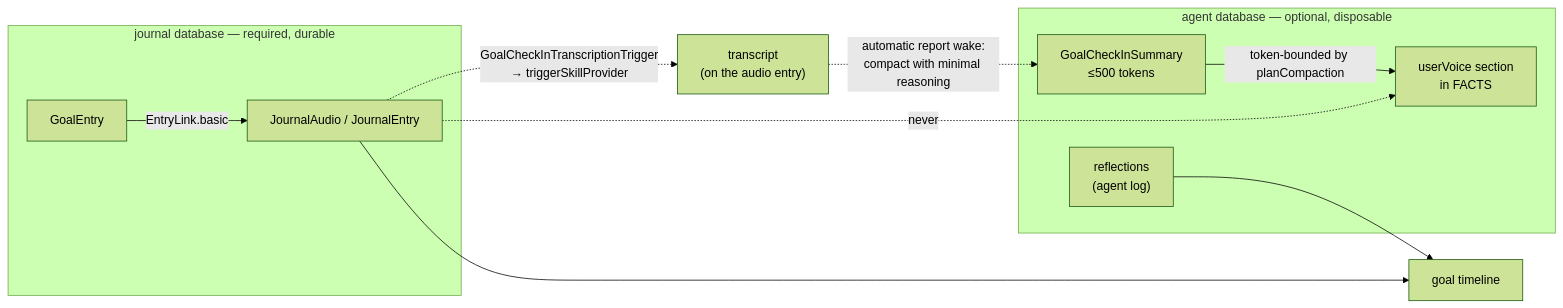
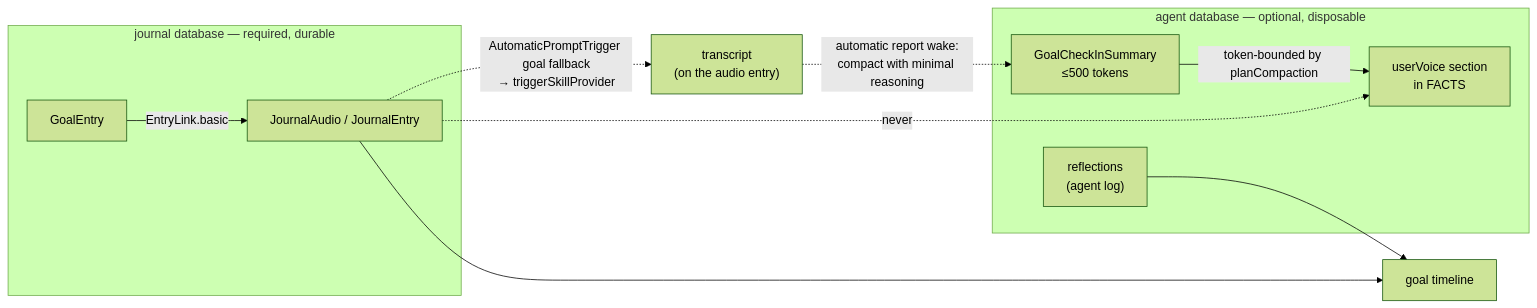
Before and after one commit to matthiasn/lotti: the fourth of 4 diagrams in knowledge/features/goals.md, drawn with Mermaid (forest theme). The commit also changed other lines of this file and 17 other files, not shown here.

````diff
--- a/knowledge/features/goals.md
+++ b/knowledge/features/goals.md
@@ -1435,19 +1435,19 @@
 ```mermaid
 flowchart LR
   subgraph Journal["journal database — required, durable"]
     G["GoalEntry"]
     A["JournalAudio / JournalEntry"]
     G -- "EntryLink.basic" --> A
   end
   subgraph Agent["agent database — optional, disposable"]
     R["reflections<br/>(agent log)"]
     S["GoalCheckInSummary<br/>≤500 tokens"]
     F["userVoice section<br/>in FACTS"]
   end
-  A -. "GoalCheckInTranscriptionTrigger<br/>→ triggerSkillProvider" .-> T["transcript<br/>(on the audio entry)"]
+  A -. "AutomaticPromptTrigger goal fallback<br/>→ triggerSkillProvider" .-> T["transcript<br/>(on the audio entry)"]
   T -. "automatic report wake:<br/>compact with minimal reasoning" .-> S
   S -- "token-bounded by planCompaction" --> F
   R --> TL["goal timeline"]
   A --> TL
   A -. "never" .-> F
 ```
````
